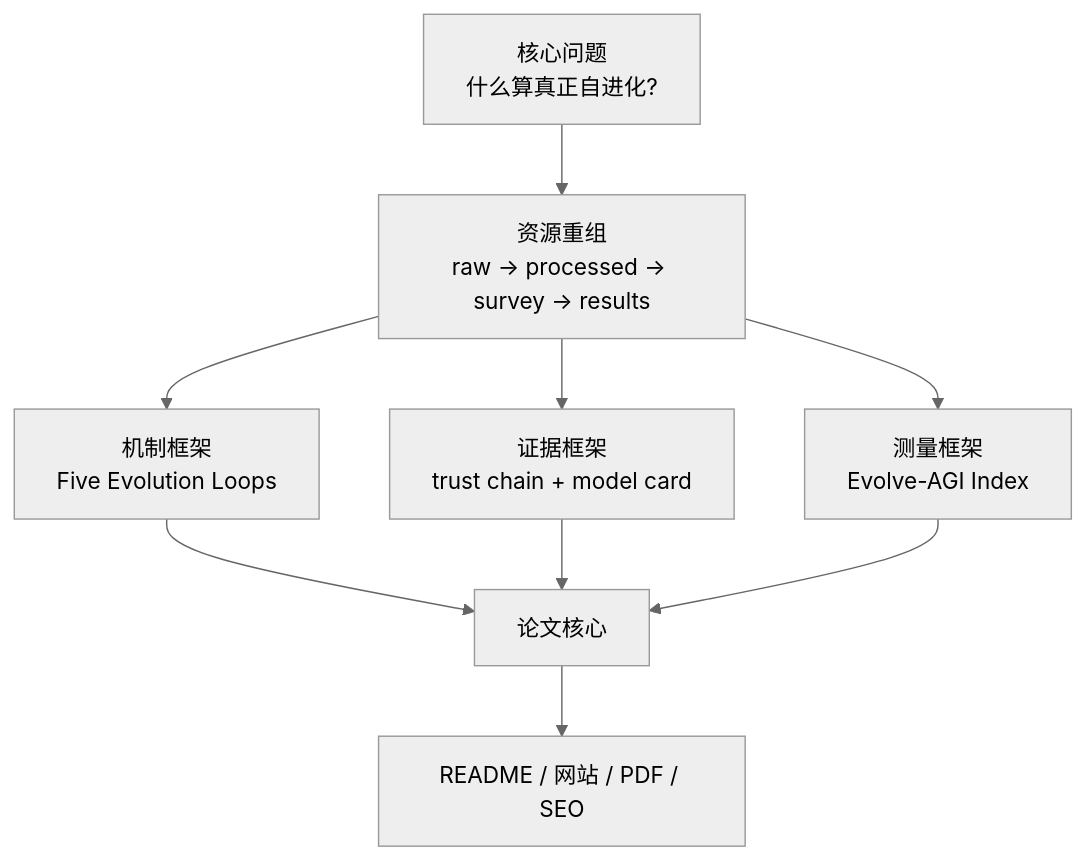
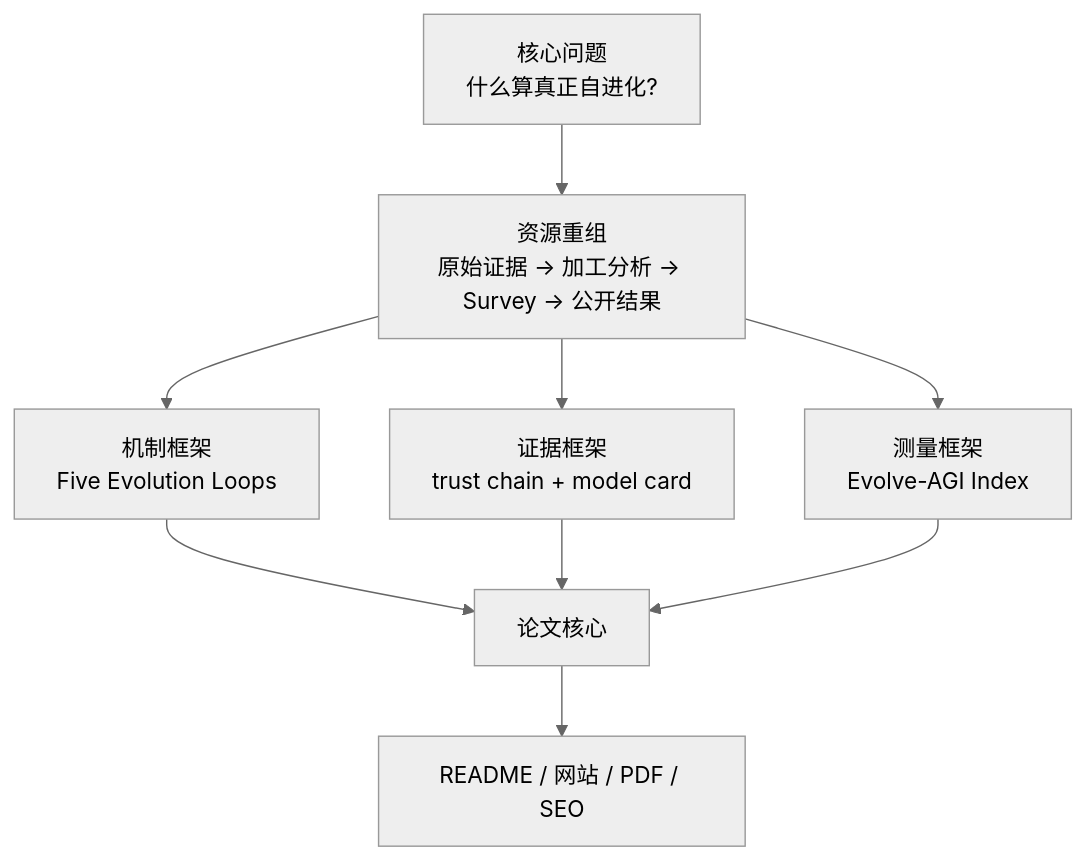
The second of 2 diagrams in README.md (Shiyao-Huang/awesome-agent-evolution), drawn with Mermaid (neutral theme) before and after one commit. The commit also changed other lines of this file and 3 other files, not shown here.

````diff
--- a/README.md
+++ b/README.md
@@ -102,11 +102,11 @@
 ```mermaid
 flowchart TB
-  Q["核心问题<br/>什么算真正自进化?"] --> A["资源重组<br/>raw -> processed -> survey -> results"]
+  Q["核心问题<br/>什么算真正自进化?"] --> A["资源重组<br/>原始证据 -> 加工分析 -> Survey -> 公开结果"]
   A --> B["机制框架<br/>Five Evolution Loops"]
   A --> C["证据框架<br/>trust chain + model card"]
   A --> D["测量框架<br/>Evolve-AGI Index"]
   B --> P["论文核心"]
   C --> P
   D --> P
   P --> R["README / 网站 / PDF / SEO"]
 ```
````
